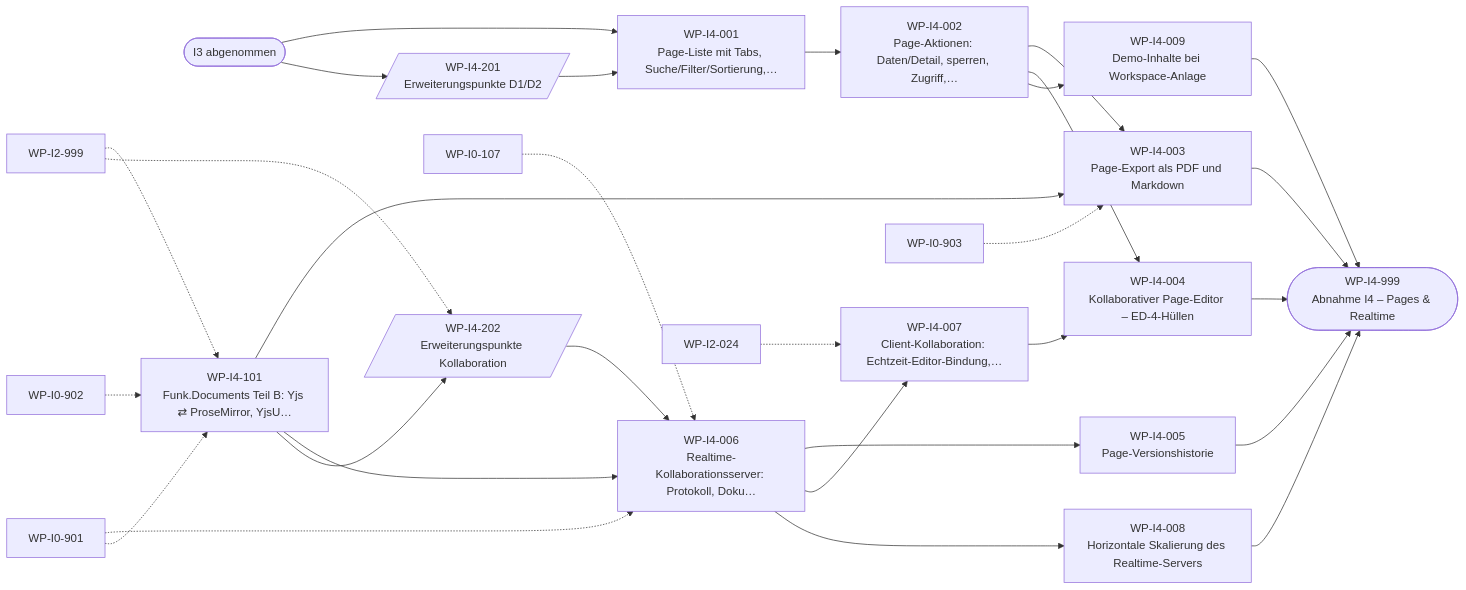
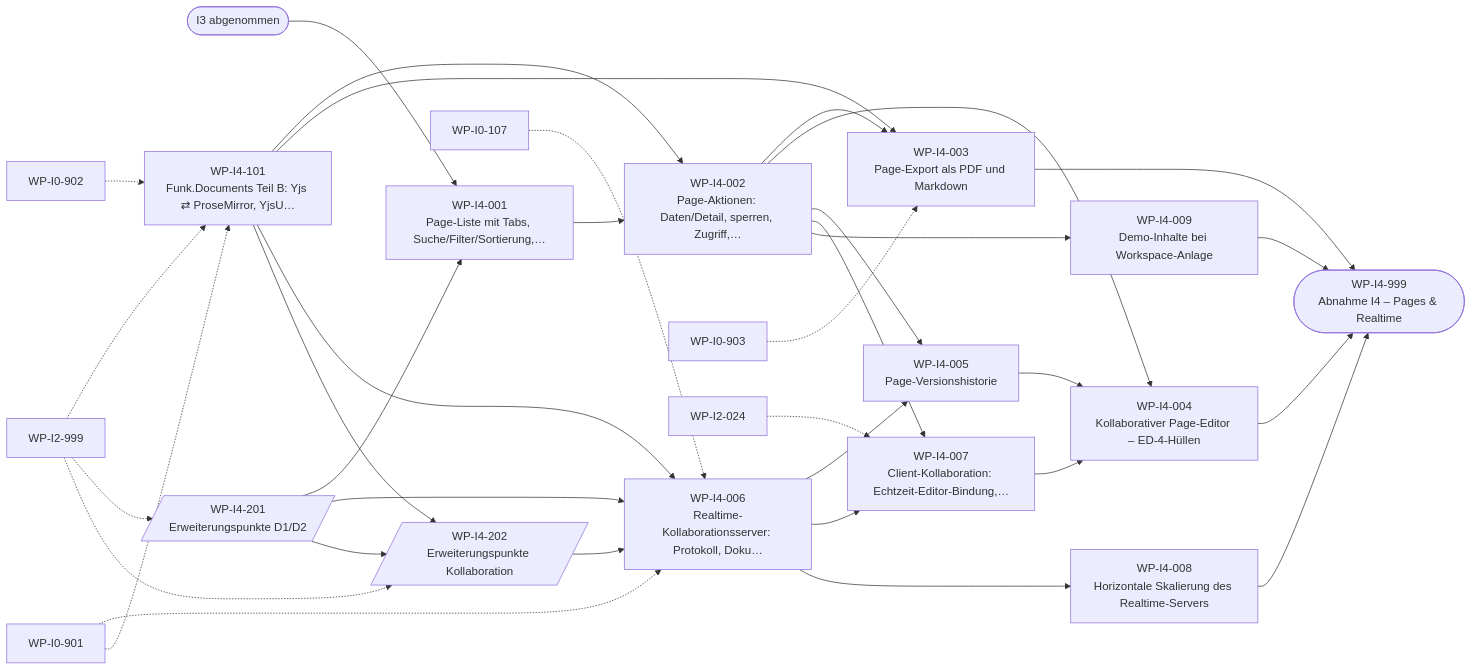
One commit to mlwr/plane changed the seventh of 10 diagrams in migration/plan/01-roadmap-ce.md. Above: the diagram before and after it, drawn with Mermaid. The commit also changed other lines of this file and 11 other files, not shown here.

````diff
--- a/migration/plan/01-roadmap-ce.md
+++ b/migration/plan/01-roadmap-ce.md
@@ -578,45 +583,50 @@
 ```mermaid
 flowchart LR
   M3(["I3 abgenommen"])
   WP_I4_001["WP-I4-001<br/>Page-Liste mit Tabs, Suche/Filter/Sortierung,…"]
   WP_I4_002["WP-I4-002<br/>Page-Aktionen: Daten/Detail, sperren, Zugriff,…"]
   WP_I4_003["WP-I4-003<br/>Page-Export als PDF und Markdown"]
   WP_I4_004["WP-I4-004<br/>Kollaborativer Page-Editor – ED-4-Hüllen"]
   WP_I4_005["WP-I4-005<br/>Page-Versionshistorie"]
   WP_I4_006["WP-I4-006<br/>Realtime-Kollaborationsserver: Protokoll, Doku…"]
   WP_I4_007["WP-I4-007<br/>Client-Kollaboration: Echtzeit-Editor-Bindung,…"]
   WP_I4_008["WP-I4-008<br/>Horizontale Skalierung des Realtime-Servers"]
   WP_I4_009["WP-I4-009<br/>Demo-Inhalte bei Workspace-Anlage"]
   WP_I4_101["WP-I4-101<br/>Funk.Documents Teil B: Yjs ⇄ ProseMirror, YjsU…"]
   WP_I4_201[/"WP-I4-201<br/>Erweiterungspunkte D1/D2"/]
   WP_I4_202[/"WP-I4-202<br/>Erweiterungspunkte Kollaboration"/]
   WP_I4_999(["WP-I4-999<br/>Abnahme I4 – Pages & Realtime"])
   M3 --> WP_I4_001
   WP_I4_201 --> WP_I4_001
   WP_I4_001 --> WP_I4_002
+  WP_I4_101 --> WP_I4_002
   WP_I4_002 --> WP_I4_003
   WP_I0_903_ext[WP-I0-903] -.-> WP_I4_003
   WP_I4_101 --> WP_I4_003
   WP_I4_007 --> WP_I4_004
   WP_I4_002 --> WP_I4_004
+  WP_I4_005 --> WP_I4_004
   WP_I4_006 --> WP_I4_005
+  WP_I4_002 --> WP_I4_005
   WP_I4_101 --> WP_I4_006
   WP_I4_202 --> WP_I4_006
   WP_I0_107_ext[WP-I0-107] -.-> WP_I4_006
   WP_I0_901_ext[WP-I0-901] -.-> WP_I4_006
+  WP_I4_201 --> WP_I4_006
   WP_I4_006 --> WP_I4_007
   WP_I2_024_ext[WP-I2-024] -.-> WP_I4_007
+  WP_I4_002 --> WP_I4_007
   WP_I4_006 --> WP_I4_008
   WP_I4_002 --> WP_I4_009
   WP_I2_999_ext[WP-I2-999] -.-> WP_I4_101
   WP_I0_901_ext[WP-I0-901] -.-> WP_I4_101
   WP_I0_902_ext[WP-I0-902] -.-> WP_I4_101
-  M3 --> WP_I4_201
+  WP_I2_999_ext[WP-I2-999] -.-> WP_I4_201
   WP_I2_999_ext[WP-I2-999] -.-> WP_I4_202
   WP_I4_101 --> WP_I4_202
+  WP_I4_201 --> WP_I4_202
   WP_I4_003 --> WP_I4_999
   WP_I4_004 --> WP_I4_999
-  WP_I4_005 --> WP_I4_999
   WP_I4_008 --> WP_I4_999
   WP_I4_009 --> WP_I4_999
 ```
````
